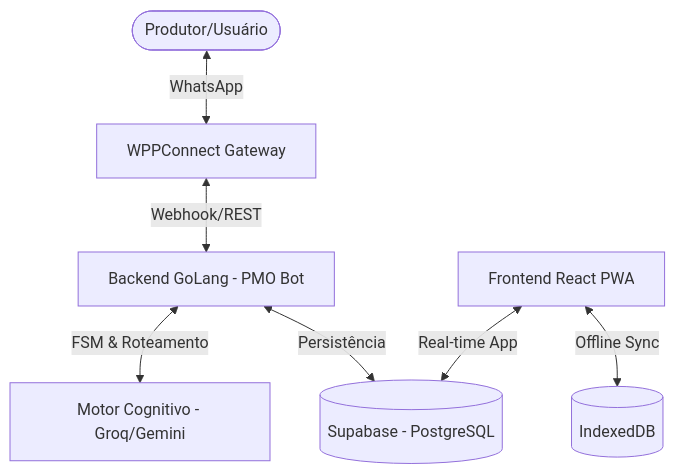
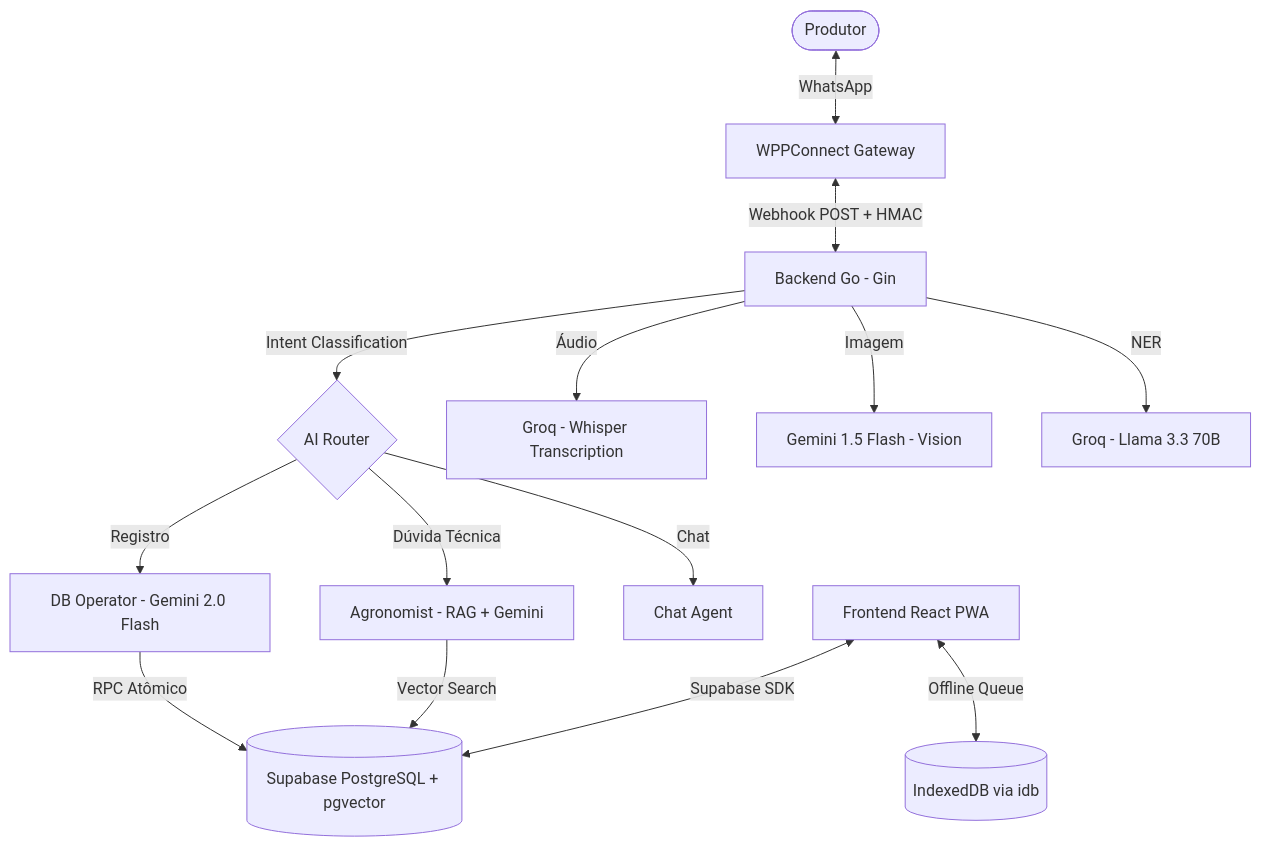
Before and after one commit to thebrunm97/manejo-org: the first of 2 diagrams in README.md, drawn with Mermaid. The commit also changed other lines of this file and 7 other files, not shown here.

````diff
--- a/README.md
+++ b/README.md
@@ -17,9 +36,16 @@
 ```mermaid
 graph TD
-    User([Produtor/Usuário]) <-->|WhatsApp| WPP[WPPConnect Gateway]
-    WPP <-->|Webhook/REST| BE[Backend GoLang - PMO Bot]
-    BE <-->|FSM & Roteamento| LLM[Motor Cognitivo - Groq/Gemini]
-    BE <-->|Persistência| DB[(Supabase - PostgreSQL)]
-    FE[Frontend React PWA] <-->|Real-time App| DB
-    FE <-->|Offline Sync| IDB[(IndexedDB)]
+    User([Produtor]) <-->|WhatsApp| WPP[WPPConnect Gateway]
+    WPP <-->|Webhook POST + HMAC| BE[Backend Go - Gin]
+    BE -->|Intent Classification| ROUTER{AI Router}
+    ROUTER -->|Registro| DB_OP[DB Operator - Gemini 2.0 Flash]
+    ROUTER -->|Dúvida Técnica| AGRO[Agronomist - RAG + Gemini]
+    ROUTER -->|Chat| CHAT[Chat Agent]
+    DB_OP -->|RPC Atômico| DB[(Supabase PostgreSQL + pgvector)]
+    AGRO -->|Vector Search| DB
+    BE -->|Áudio| GROQ[Groq - Whisper Transcription]
+    BE -->|Imagem| GEMINI_V[Gemini 1.5 Flash - Vision]
+    BE -->|NER| GROQ_NER[Groq - Llama 3.3 70B]
+    FE[Frontend React PWA] <-->|Supabase SDK| DB
+    FE <-->|Offline Queue| IDB[(IndexedDB via idb)]
 ```
````
